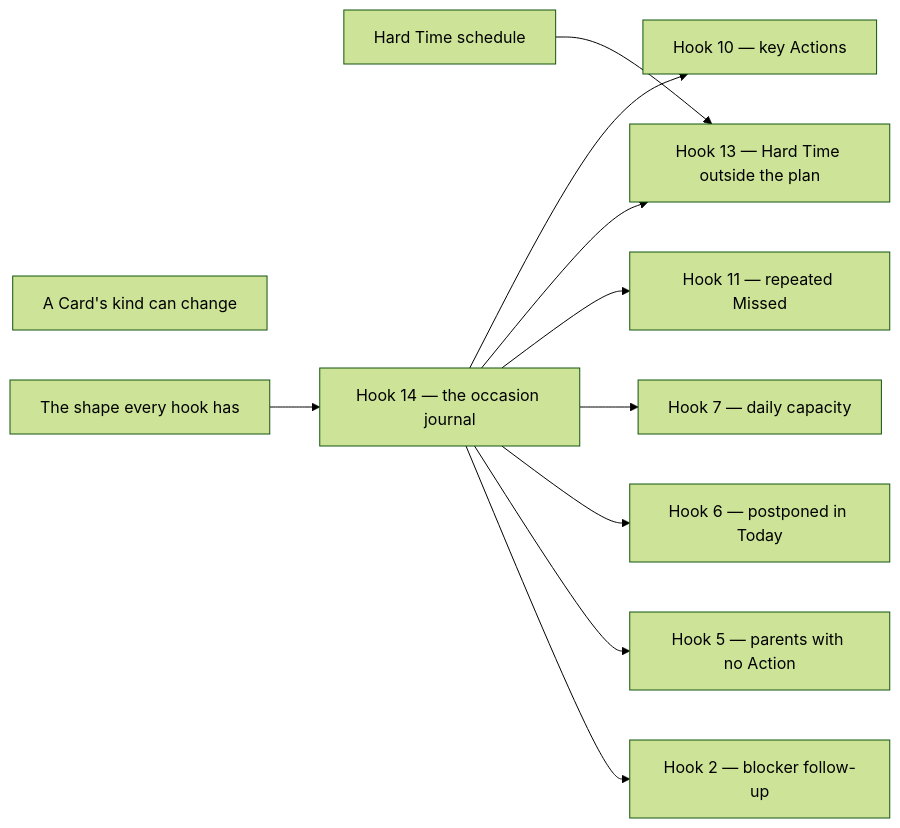
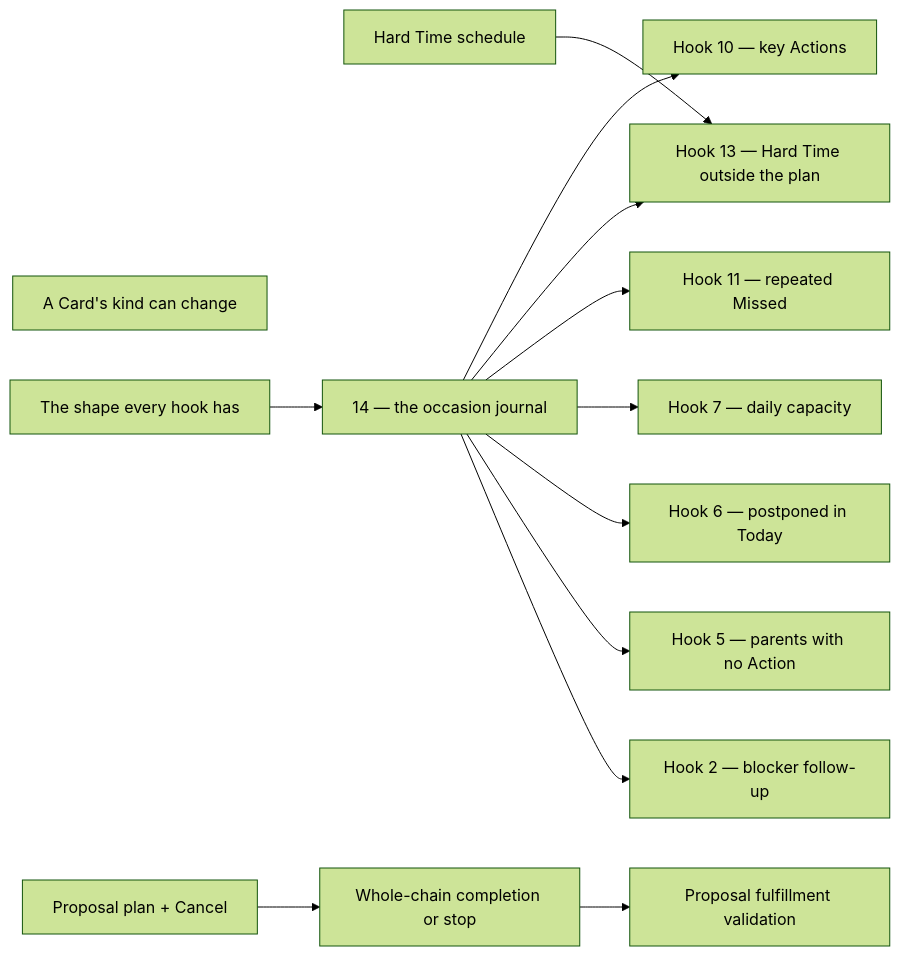
One commit to myvaheed/tg-ai-safwa changed the diagram in docs/PLAN_FEATURES.md. Above: the diagram before and after it, drawn with Mermaid (forest theme). The commit also changed other lines of this file and 4 other files, not shown here.

First line of the commit message:
v9.48 the plan after Wave 2: retire raw-capture Ideas, and a visible plan for every Proposal chain

````diff
--- a/docs/PLAN_FEATURES.md
+++ b/docs/PLAN_FEATURES.md
@@ -130,16 +166,18 @@
 ```mermaid
 flowchart LR
   kind["A Card's kind can change"]
   h5["Hook 5 — parents with no Action"]
   h7["Hook 7 — daily capacity"]
   hardtime["Hard Time schedule"] --> h13["Hook 13 — Hard Time outside the plan"]
   h10["Hook 10 — key Actions"]
   shape["The shape every hook has"] --> journal
-  journal["Hook 14 — the occasion journal"] --> h2["Hook 2 — blocker follow-up"]
+  journal["14 — the occasion journal"] --> h2["Hook 2 — blocker follow-up"]
   journal --> h5
   journal --> h6["Hook 6 — postponed in Today"]
   journal --> h7
   journal --> h11["Hook 11 — repeated Missed"]
   journal --> h13
   journal --> h10
+  preparation["Proposal plan + Cancel"] --> termination["Whole-chain completion or stop"]
+  termination --> validator["Proposal fulfillment validation"]
 ```
````
